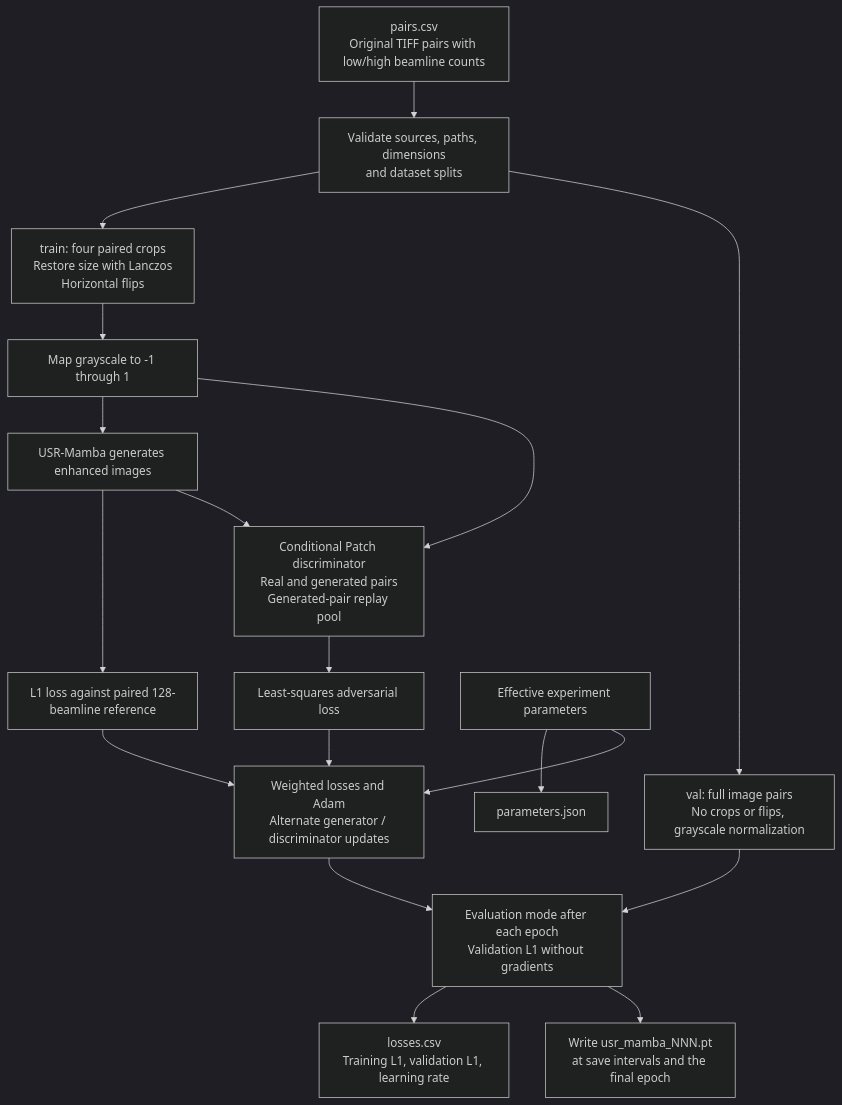
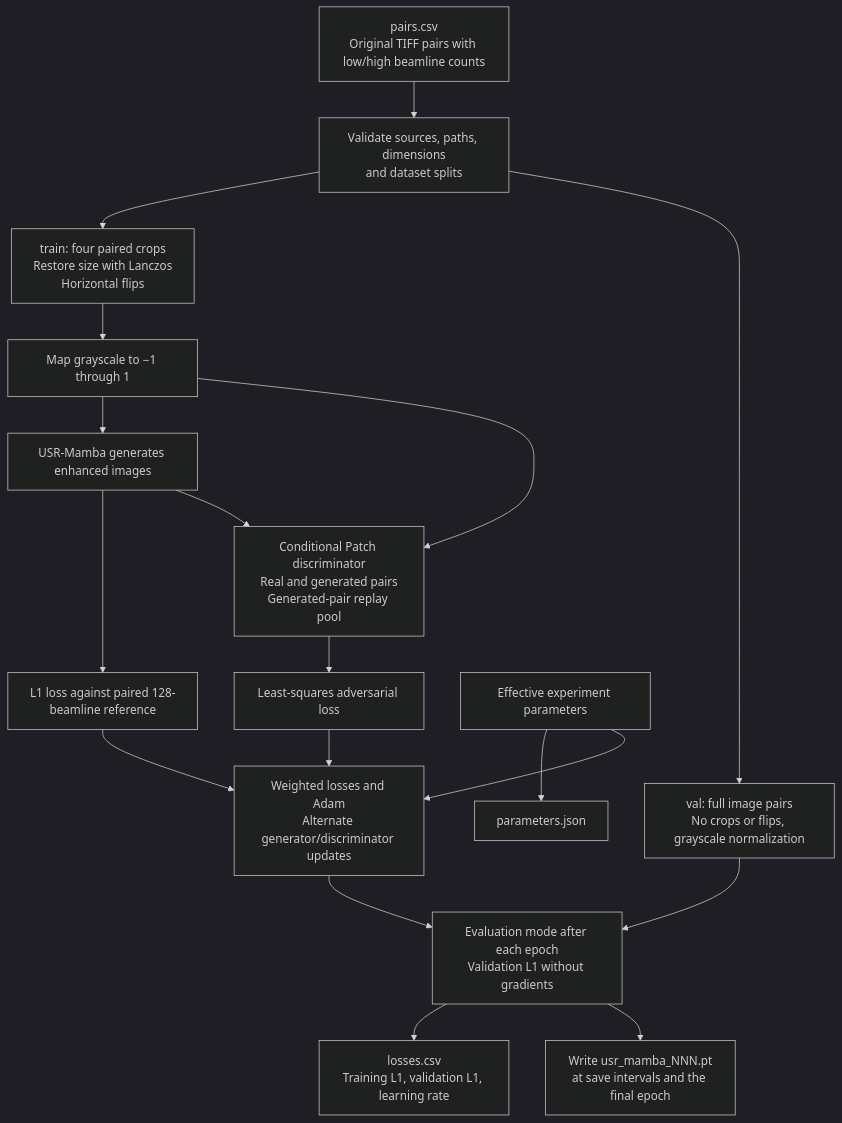
Before and after one commit to LumaVistaLab/hevc-ksvd-mamba-for-ultrasound: the fifth of 7 diagrams in README.md, drawn with Mermaid (dark theme). The commit also changed other lines of this file and 3 other files, not shown here.

````diff
--- a/README.md
+++ b/README.md
@@ -450,20 +450,20 @@
 ```mermaid
 flowchart TD
     Manifest["pairs.csv<br/>Original TIFF pairs with low/high beamline counts"] --> Check["Validate sources, paths, dimensions<br/>and dataset splits"]
     Check --> Train["train: four paired crops<br/>Restore size with Lanczos<br/>Horizontal flips"]
-    Train --> Normalize["Map grayscale to -1 through 1"]
+    Train --> Normalize["Map grayscale to −1 through 1"]
     Normalize --> Generator["USR-Mamba generates enhanced images"]
     Generator --> L1["L1 loss against paired 128-beamline reference"]
     Normalize --> Discriminator["Conditional Patch discriminator<br/>Real and generated pairs<br/>Generated-pair replay pool"]
     Generator --> Discriminator
     Discriminator --> Adversarial["Least-squares adversarial loss"]
-    L1 --> Update["Weighted losses and Adam<br/>Alternate generator / discriminator updates"]
+    L1 --> Update["Weighted losses and Adam<br/>Alternate generator/discriminator updates"]
     Adversarial --> Update
     Check --> Validation["val: full image pairs<br/>No crops or flips, grayscale normalization"]
     Update --> Validate["Evaluation mode after each epoch<br/>Validation L1 without gradients"]
     Validation --> Validate
     Validate --> Logs["losses.csv<br/>Training L1, validation L1, learning rate"]
     Validate --> Save["Write usr_mamba_NNN.pt<br/>at save intervals and the final epoch"]
     Parameters["Effective experiment parameters"] --> Config["parameters.json"]
     Parameters --> Update
 ```
````
